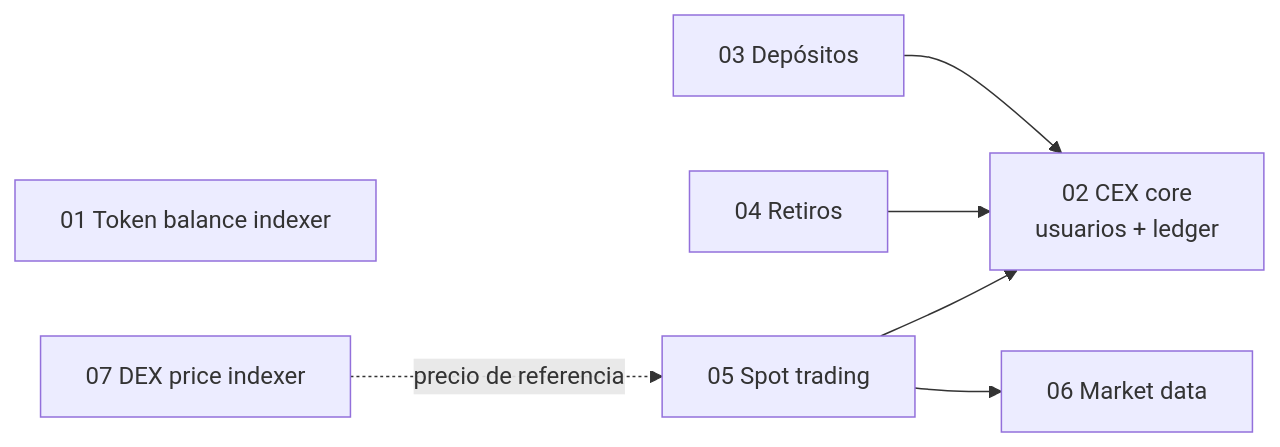
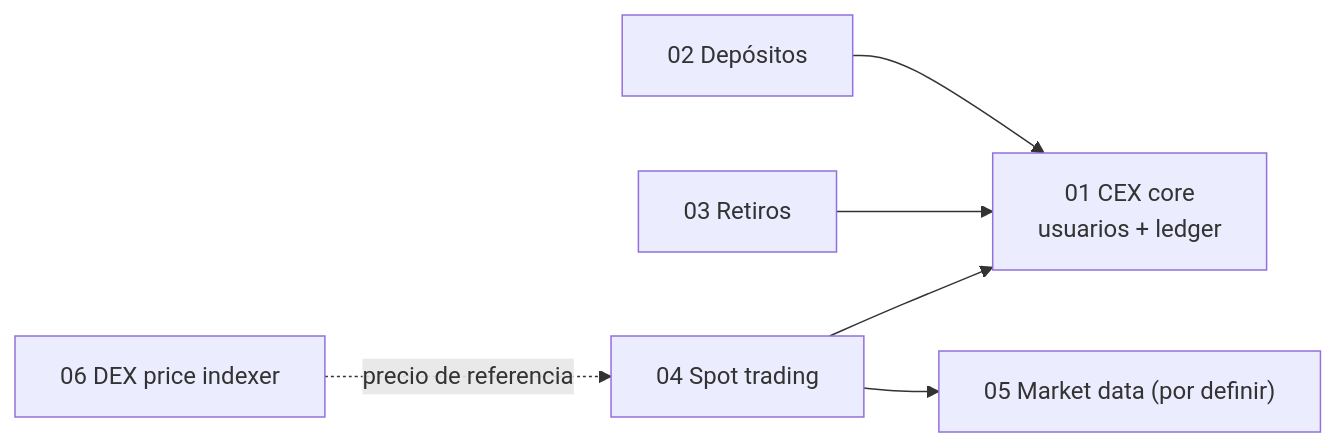
Before and after one commit to victoraranguren/rust-exchange-lab: the diagram in README.md, drawn with Mermaid. The commit also changed other lines of this file and 12 other files, not shown here.

Commit message:
chore: remove token-balance-indexer and refine module specs

````diff
--- a/README.md
+++ b/README.md
@@ -24,10 +24,9 @@
 ```mermaid
 flowchart LR
-    IDX[01 Token balance indexer]
-    CORE[02 CEX core<br/>usuarios + ledger]
-    DEP[03 Depósitos] --> CORE
-    WD[04 Retiros] --> CORE
-    SPOT[05 Spot trading] --> CORE
-    SPOT --> MD[06 Market data]
-    PX[07 DEX price indexer] -.precio de referencia.-> SPOT
+    CORE[01 CEX core<br/>usuarios + ledger]
+    DEP[02 Depósitos] --> CORE
+    WD[03 Retiros] --> CORE
+    SPOT[04 Spot trading] --> CORE
+    SPOT --> MD["05 Market data (por definir)"]
+    PX[06 DEX price indexer] -.precio de referencia.-> SPOT
 ```
````
